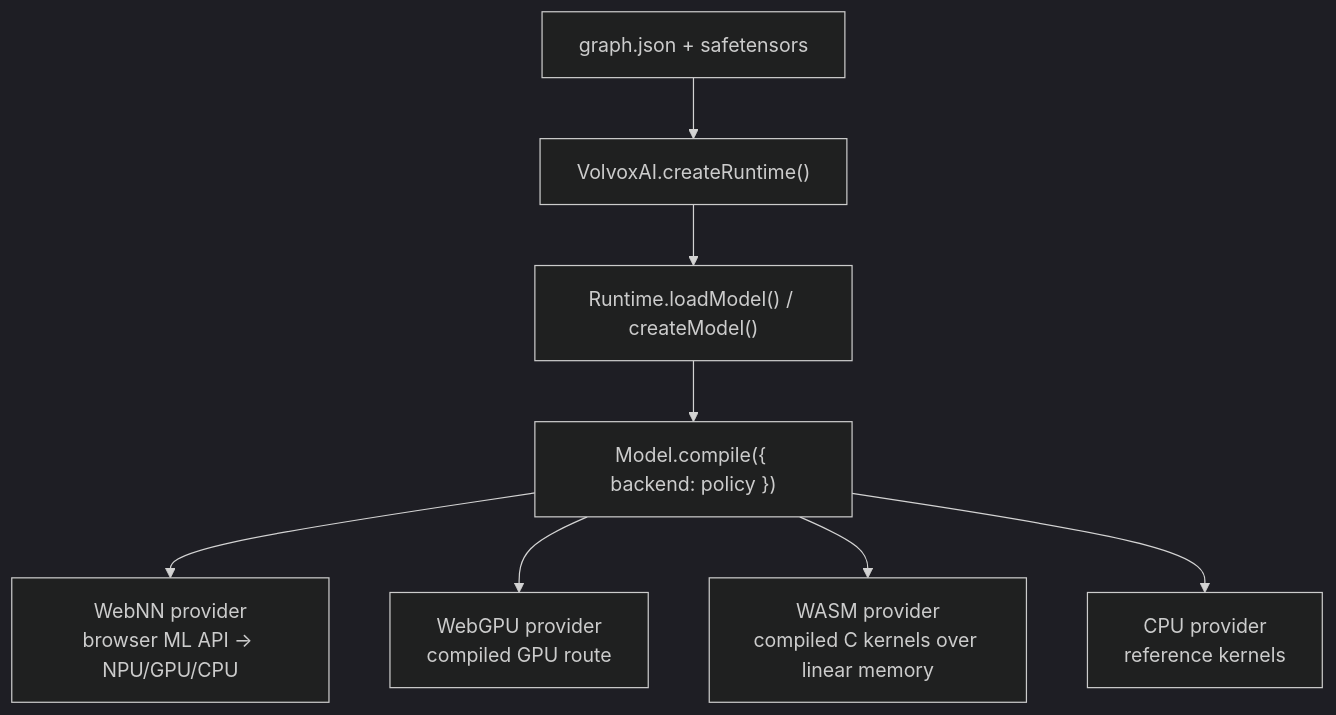
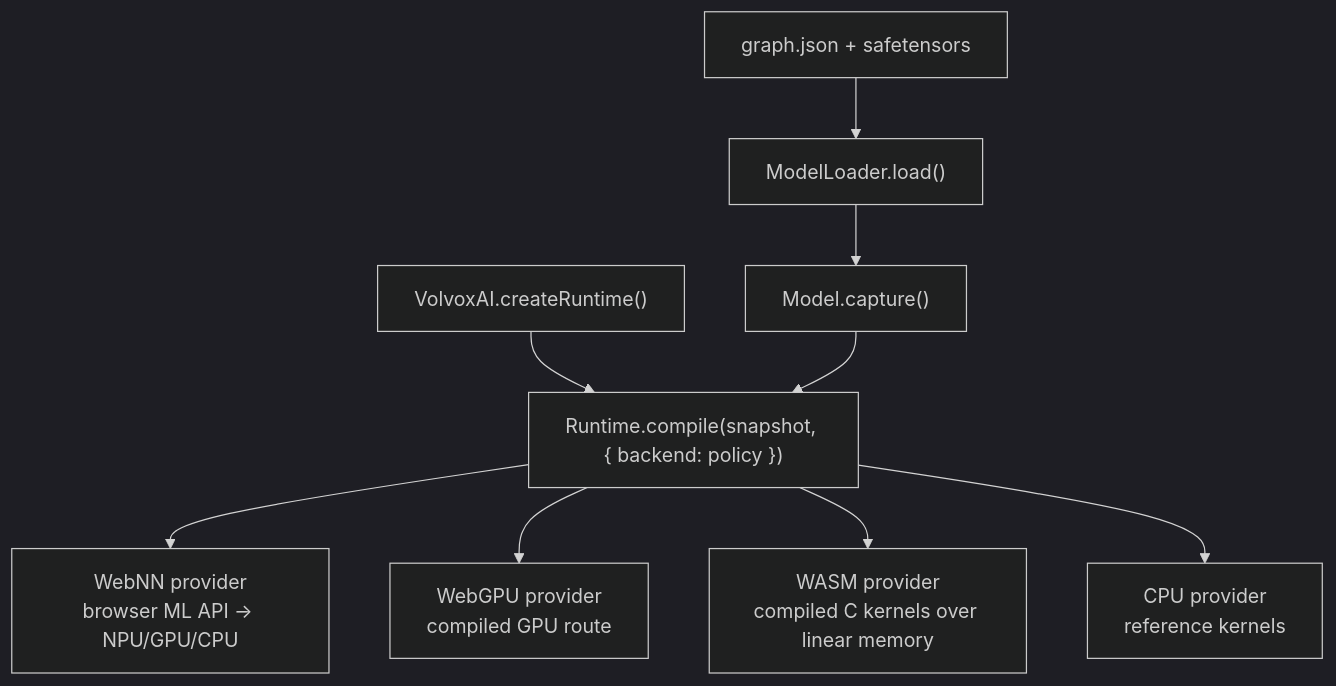
The diagram in docs/textbook/08-inside-the-engine.md (ivere27/volvoxai), drawn with Mermaid (dark theme) before and after one commit. The commit also changed 742 other files, not shown here.

````diff
--- a/docs/textbook/08-inside-the-engine.md
+++ b/docs/textbook/08-inside-the-engine.md
@@ -34,10 +34,11 @@
 ```mermaid
 flowchart TD
-    G["graph.json + safetensors"] --> R["VolvoxAI.createRuntime()"]
-    R --> M["Runtime.loadModel() / createModel()"]
-    M --> C["Model.compile({ backend: policy })"]
+    G["graph.json + safetensors"] --> L["ModelLoader.load()"]
+    L --> S["Model.capture()"]
+    R["VolvoxAI.createRuntime()"] --> C["Runtime.compile(snapshot, { backend: policy })"]
+    S --> C
     C --> T1["WebNN provider<br/>browser ML API → NPU/GPU/CPU"]
     C --> T2["WebGPU provider<br/>compiled GPU route"]
     C --> T3["WASM provider<br/>compiled C kernels over linear memory"]
     C --> T4["CPU provider<br/>reference kernels"]
 ```
````
